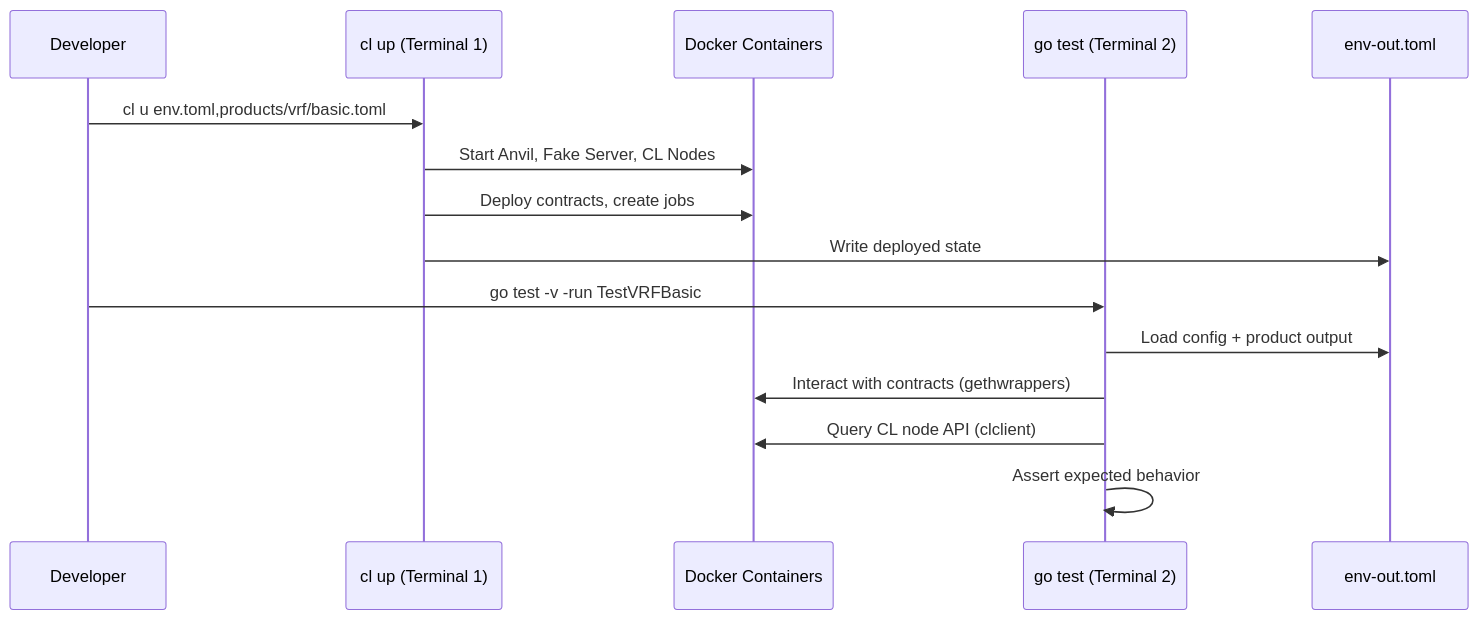
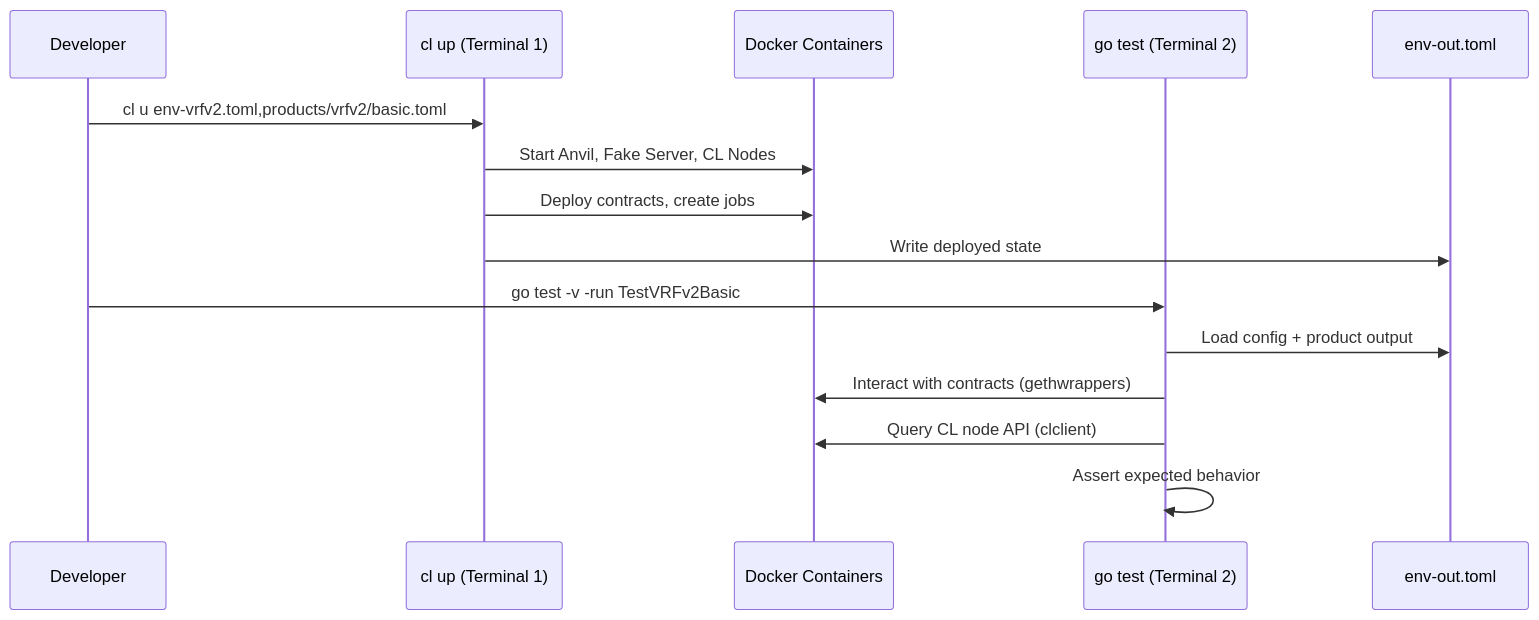
Before and after one commit to smartcontractkit/chainlink: the fourth of 5 diagrams in devenv/design.md, drawn with Mermaid. The commit also changed other lines of this file and 30 other files, not shown here.

````diff
--- a/devenv/design.md
+++ b/devenv/design.md
@@ -241,19 +242,19 @@
 ```mermaid
 sequenceDiagram
     participant Dev as Developer
     participant CLI as cl up (Terminal 1)
     participant Docker as Docker Containers
     participant Test as go test (Terminal 2)
     participant EnvOut as env-out.toml
 
-    Dev->>CLI: cl u env.toml,products/vrf/basic.toml
+    Dev->>CLI: cl u env-vrfv2.toml,products/vrfv2/basic.toml
     CLI->>Docker: Start Anvil, Fake Server, CL Nodes
     CLI->>Docker: Deploy contracts, create jobs
     CLI->>EnvOut: Write deployed state
 
-    Dev->>Test: go test -v -run TestVRFBasic
+    Dev->>Test: go test -v -run TestVRFv2Basic
     Test->>EnvOut: Load config + product output
     Test->>Docker: Interact with contracts (gethwrappers)
     Test->>Docker: Query CL node API (clclient)
     Test->>Test: Assert expected behavior
 ```
````
